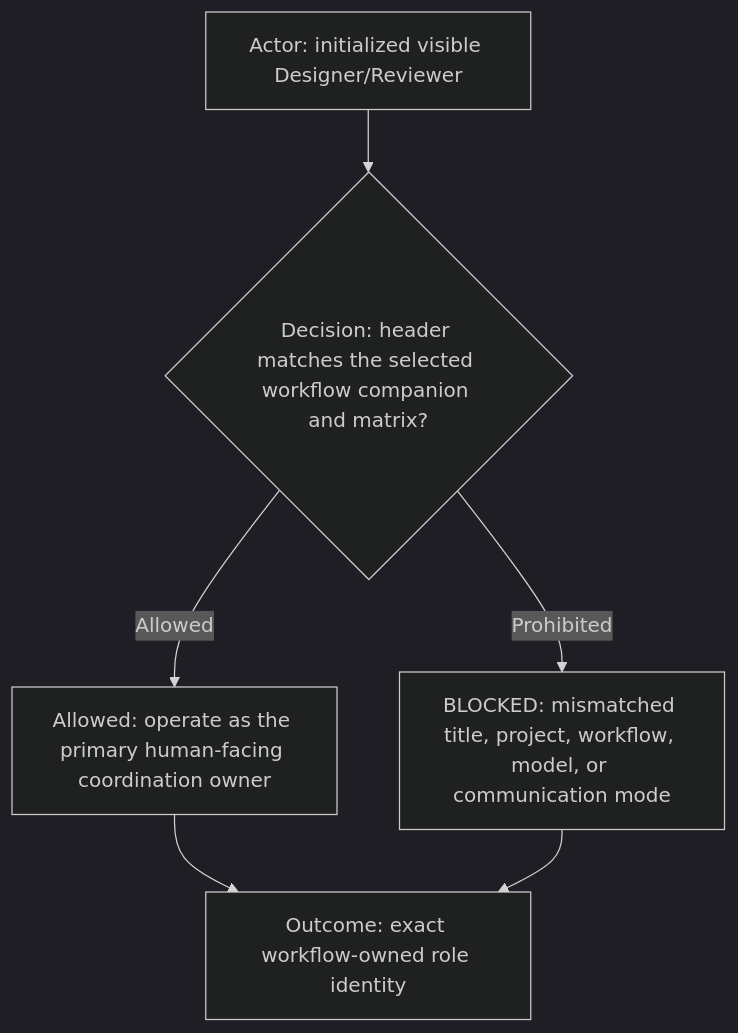
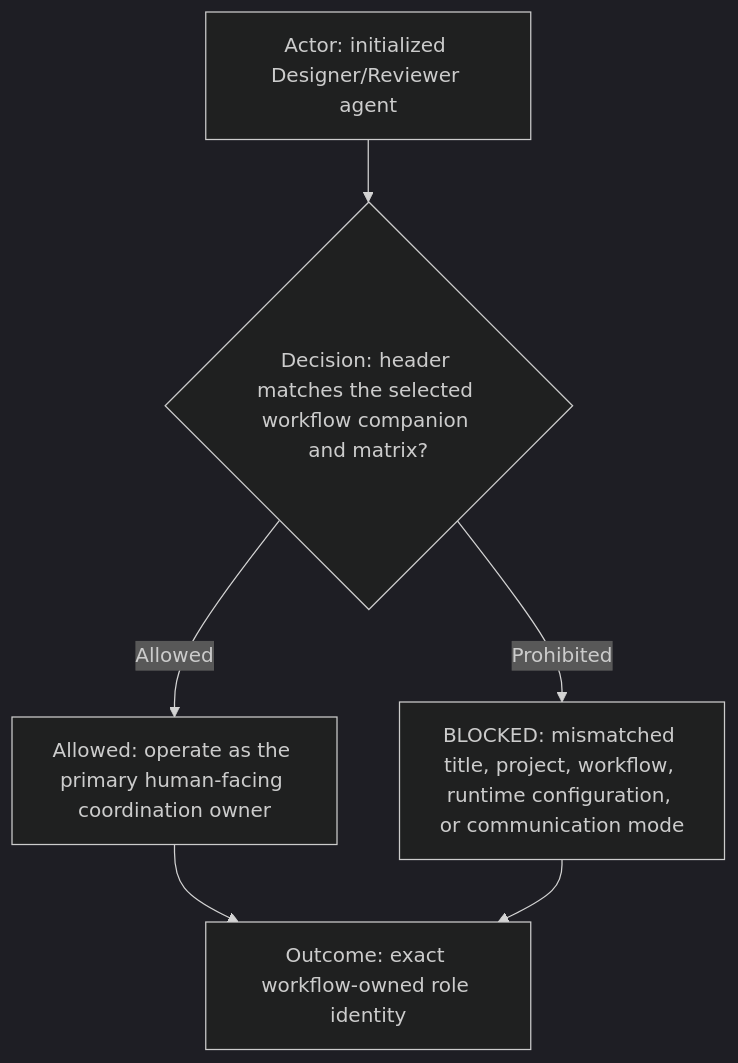
One commit to starodubtsevconsulting/ai-fleas changed the first of 21 diagrams in ai-workflows/_common/roles/designer-reviewer.md. Above: the diagram before and after it, drawn with Mermaid (dark theme). The commit also changed other lines of this file and 15 other files, not shown here.

````diff
--- a/ai-workflows/_common/roles/designer-reviewer.md
+++ b/ai-workflows/_common/roles/designer-reviewer.md
@@ -12,8 +12,8 @@
 ```mermaid
 flowchart TD
-  Actor["Actor: initialized visible Designer/Reviewer"] --> Decision{"Decision: header matches the selected workflow companion and matrix?"}
+  Actor["Actor: initialized Designer/Reviewer agent"] --> Decision{"Decision: header matches the selected workflow companion and matrix?"}
   Decision -->|Allowed| Route["Allowed: operate as the primary human-facing coordination owner"]
-  Decision -->|Prohibited| Blocked["BLOCKED: mismatched title, project, workflow, model, or communication mode"]
+  Decision -->|Prohibited| Blocked["BLOCKED: mismatched title, project, workflow, runtime configuration, or communication mode"]
   Route --> Outcome["Outcome: exact workflow-owned role identity"]
   Blocked --> Outcome
 ```
````
